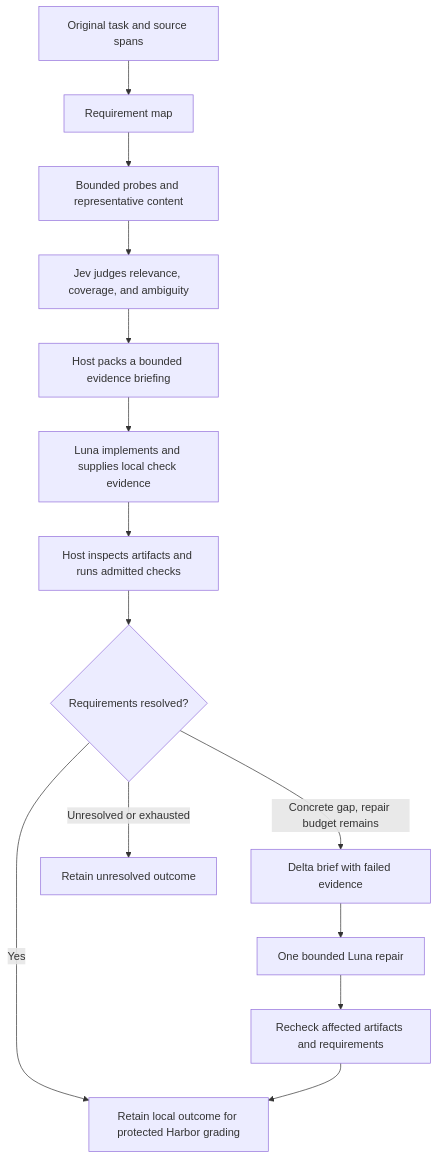
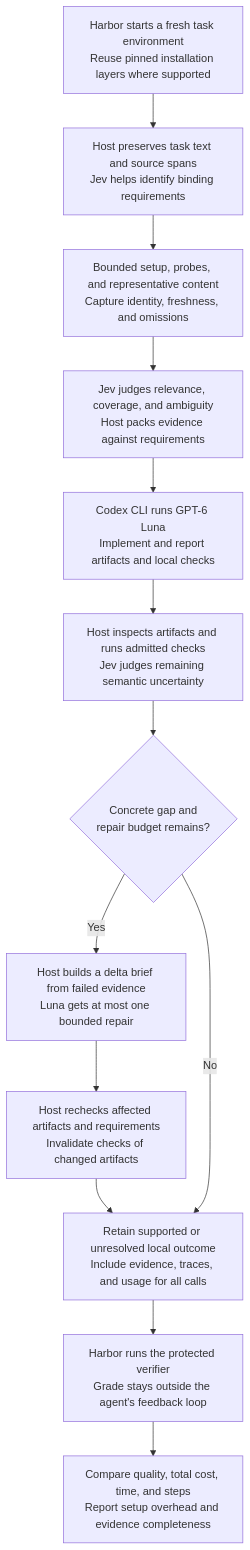
The second of 2 diagrams in docs/terminal-bench/2026-09-22-luna-jevprobe-upgrade.md (OpenAgentsInc/openagents), drawn with Mermaid before and after one commit. The commit also changed other lines of this file, not shown here.

Commit message:
docs: diagram current and proposed Luna workflows

````diff
--- a/docs/terminal-bench/2026-09-22-luna-jevprobe-upgrade.md
+++ b/docs/terminal-bench/2026-09-22-luna-jevprobe-upgrade.md
@@ -277,16 +307,19 @@
 ```mermaid
-flowchart TD
-    T[Original task and source spans] --> R[Requirement map]
-    R --> P[Bounded probes and representative content]
-    P --> J[Jev judges relevance, coverage, and ambiguity]
-    J --> B[Host packs a bounded evidence briefing]
-    B --> L[Luna implements and supplies local check evidence]
-    L --> H[Host inspects artifacts and runs admitted checks]
-    H --> Q{Requirements resolved?}
-    Q -->|Yes| E[Retain local outcome for protected Harbor grading]
-    Q -->|Concrete gap, repair budget remains| D[Delta brief with failed evidence]
-    D --> L2[One bounded Luna repair]
-    L2 --> H2[Recheck affected artifacts and requirements]
-    H2 --> E
-    Q -->|Unresolved or exhausted| U[Retain unresolved outcome]
+flowchart TB
+    U0["Harbor starts a fresh task environment<br/>Reuse pinned installation layers where supported"]
+    U1["Host preserves task text and source spans<br/>Jev helps identify binding requirements"]
+    U2["Bounded setup, probes, and representative content<br/>Capture identity, freshness, and omissions"]
+    U3["Jev judges relevance, coverage, and ambiguity<br/>Host packs evidence against requirements"]
+    U4["Codex CLI runs GPT-6 Luna<br/>Implement and report artifacts and local checks"]
+    U5["Host inspects artifacts and runs admitted checks<br/>Jev judges remaining semantic uncertainty"]
+    U6{"Concrete gap and<br/>repair budget remains?"}
+    U7["Host builds a delta brief from failed evidence<br/>Luna gets at most one bounded repair"]
+    U8["Host rechecks affected artifacts and requirements<br/>Invalidate checks of changed artifacts"]
+    U9["Retain supported or unresolved local outcome<br/>Include evidence, traces, and usage for all calls"]
+    U10["Harbor runs the protected verifier<br/>Grade stays outside the agent's feedback loop"]
+    U11["Compare quality, total cost, time, and steps<br/>Report setup overhead and evidence completeness"]
+    U0 --> U1 --> U2 --> U3 --> U4 --> U5 --> U6
+    U6 -->|Yes| U7 --> U8 --> U9
+    U6 -->|No| U9
+    U9 --> U10 --> U11
 ```
````
